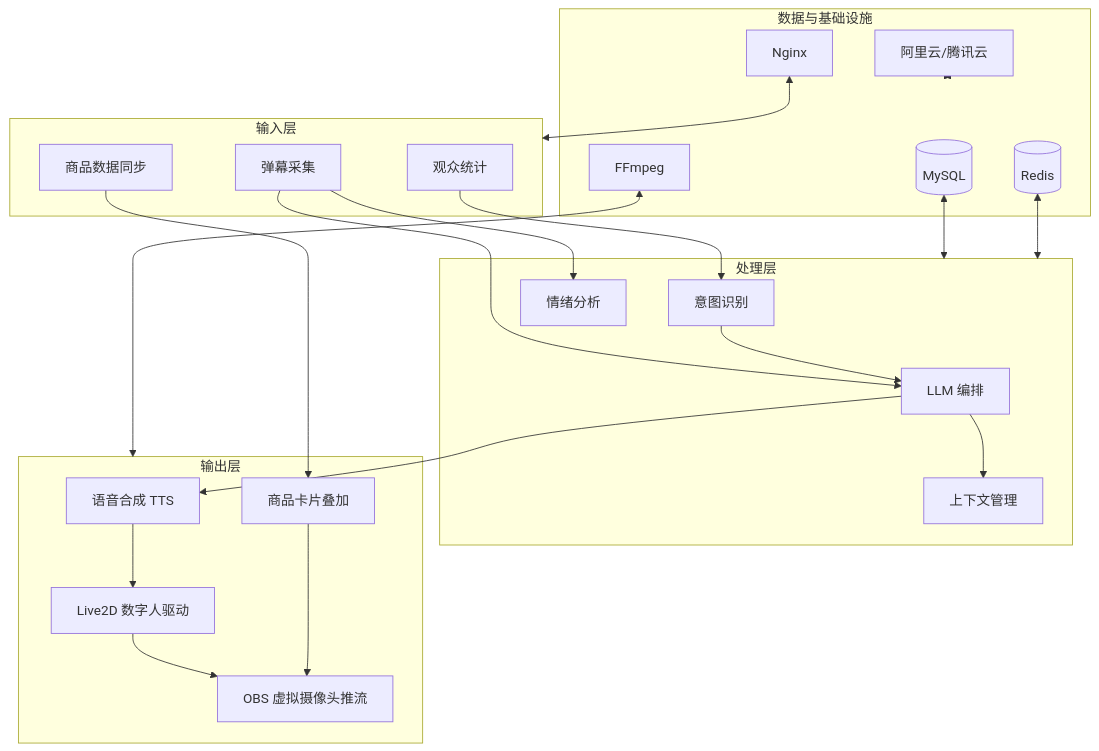
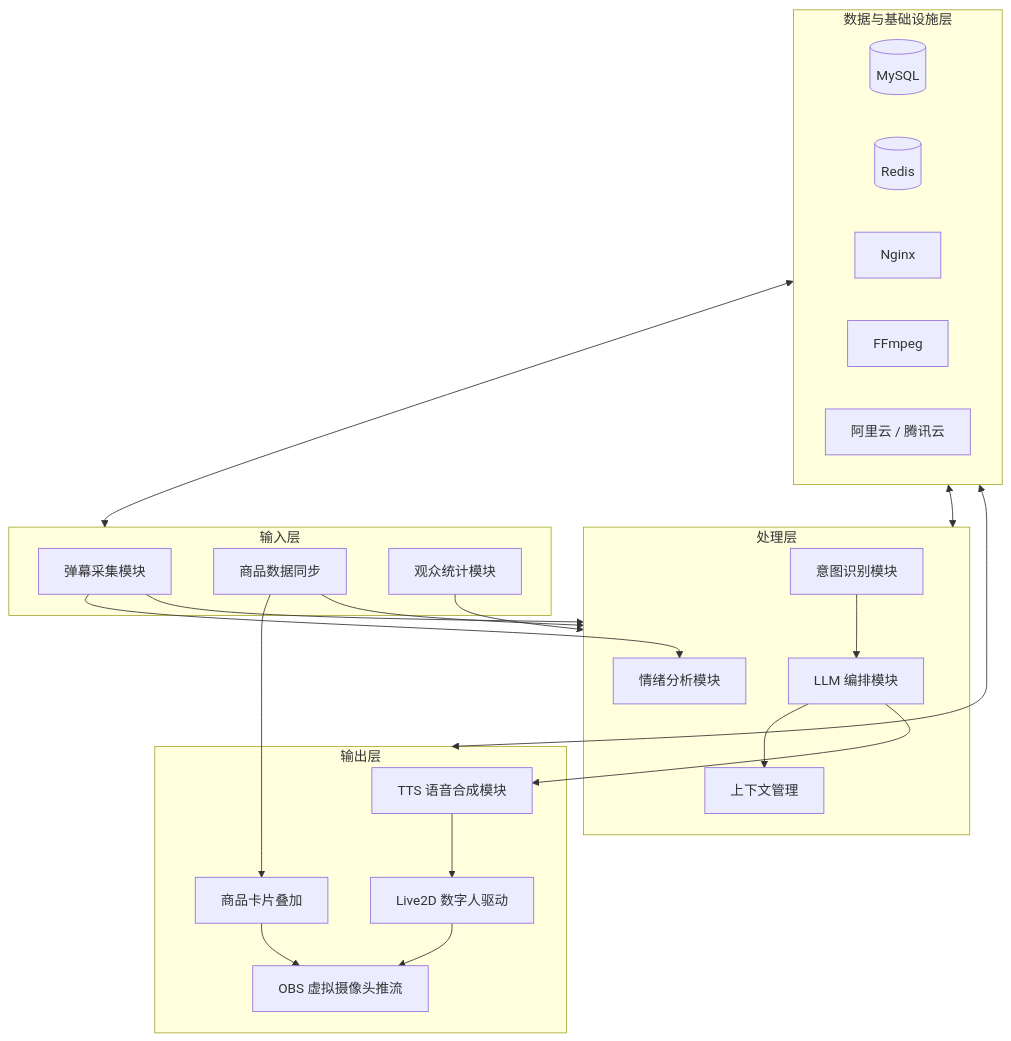
One commit to Elux511/GreenDeer changed the diagram in README.md. Above: the diagram before and after it, drawn with Mermaid. The commit also changed other lines of this file and 23 other files, not shown here.

````diff
--- a/README.md
+++ b/README.md
@@ -11,42 +13,41 @@
 ```mermaid
 flowchart TB
   subgraph input["输入层"]
-    DM[弹幕采集]
-    PD[商品数据同步]
-    VS[观众统计]
+    DM["弹幕采集模块"]
+    PD["商品数据同步"]
+    VS["观众统计模块"]
   end
   subgraph proc["处理层"]
-    ORCH[LLM 编排]
-    INTENT[意图识别]
-    CTX[上下文管理]
-    SENT[情绪分析]
+    ORCH["LLM 编排模块"]
+    INTENT["意图识别模块"]
+    CTX["上下文管理"]
+    SENT["情绪分析模块"]
   end
   subgraph out["输出层"]
-    TTS[语音合成 TTS]
-    L2D[Live2D 数字人驱动]
-    OBS[OBS 虚拟摄像头推流]
-    CARD[商品卡片叠加]
+    TTS["TTS 语音合成模块"]
+    L2D["Live2D 数字人驱动"]
+    OBS["OBS 虚拟摄像头推流"]
+    CARD["商品卡片叠加"]
   end
-  subgraph data["数据与基础设施"]
+  subgraph data["数据与基础设施层"]
     MY[(MySQL)]
     RD[(Redis)]
     NGX[Nginx]
     FFM[FFmpeg]
-    CLOUD[阿里云/腾讯云]
+    CLOUD["阿里云 / 腾讯云"]
   end
-  DM --> ORCH
+  DM --> proc
+  PD --> proc
   PD --> CARD
-  VS --> INTENT
+  VS --> proc
   INTENT --> ORCH
   ORCH --> CTX
   DM --> SENT
   ORCH --> TTS
   TTS --> L2D
   L2D --> OBS
   CARD --> OBS
-  MY <--> proc
-  RD <--> proc
-  NGX <--> input
-  FFM <--> out
-  CLOUD <--> data
+  data <--> input
+  data <--> proc
+  data <--> out
 ```
````
